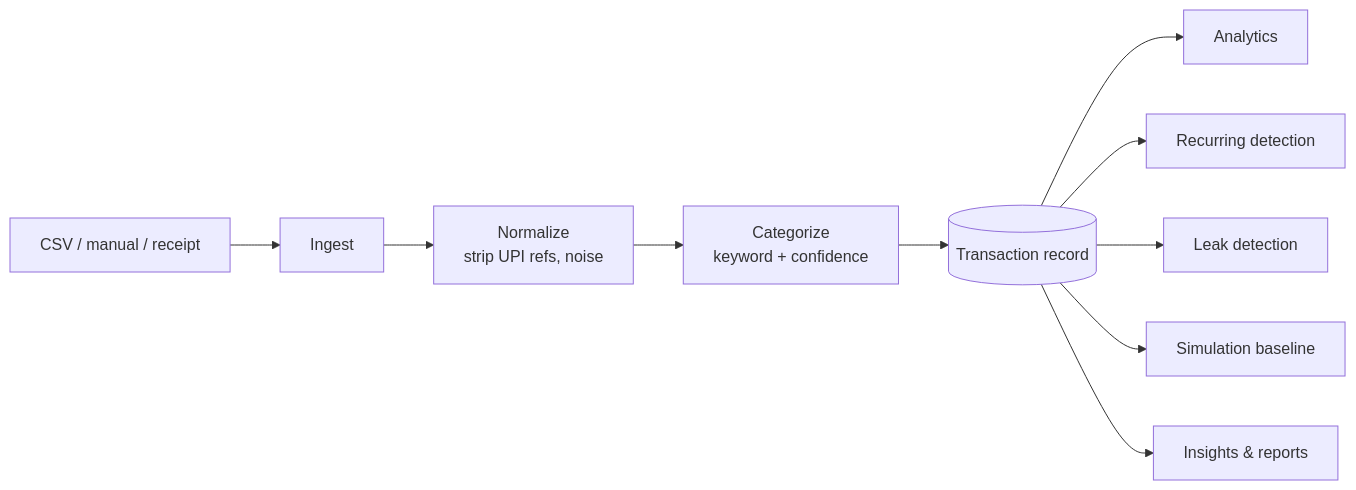
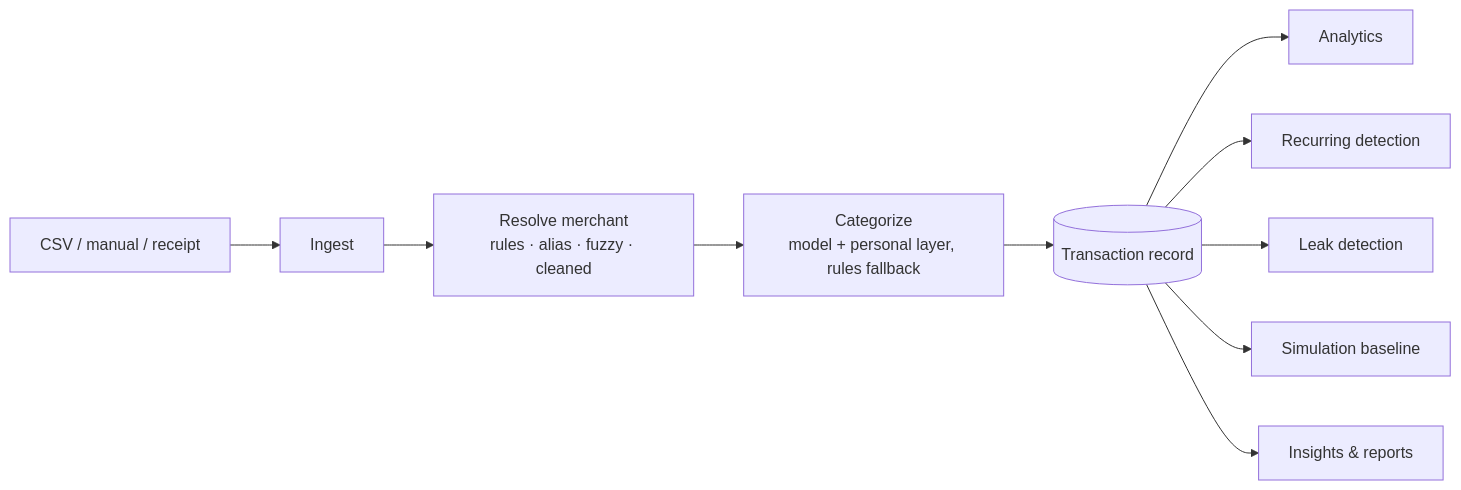
The second of 7 diagrams in README.md (mithunveluru/flowsight), drawn with Mermaid before and after one commit. The commit also changed other lines of this file and 2 other files, not shown here.

````diff
--- a/README.md
+++ b/README.md
@@ -318,12 +466,12 @@
 ```mermaid
 flowchart LR
     A["CSV / manual / receipt"] --> B["Ingest"]
-    B --> C["Normalize<br/>strip UPI refs, noise"]
-    C --> D["Categorize<br/>keyword + confidence"]
+    B --> C["Resolve merchant<br/>rules · alias · fuzzy · cleaned"]
+    C --> D["Categorize<br/>model + personal layer, rules fallback"]
     D --> E[("Transaction record")]
     E --> F["Analytics"]
     E --> G["Recurring detection"]
     E --> H["Leak detection"]
     E --> I["Simulation baseline"]
     E --> J["Insights & reports"]
 ```
````
